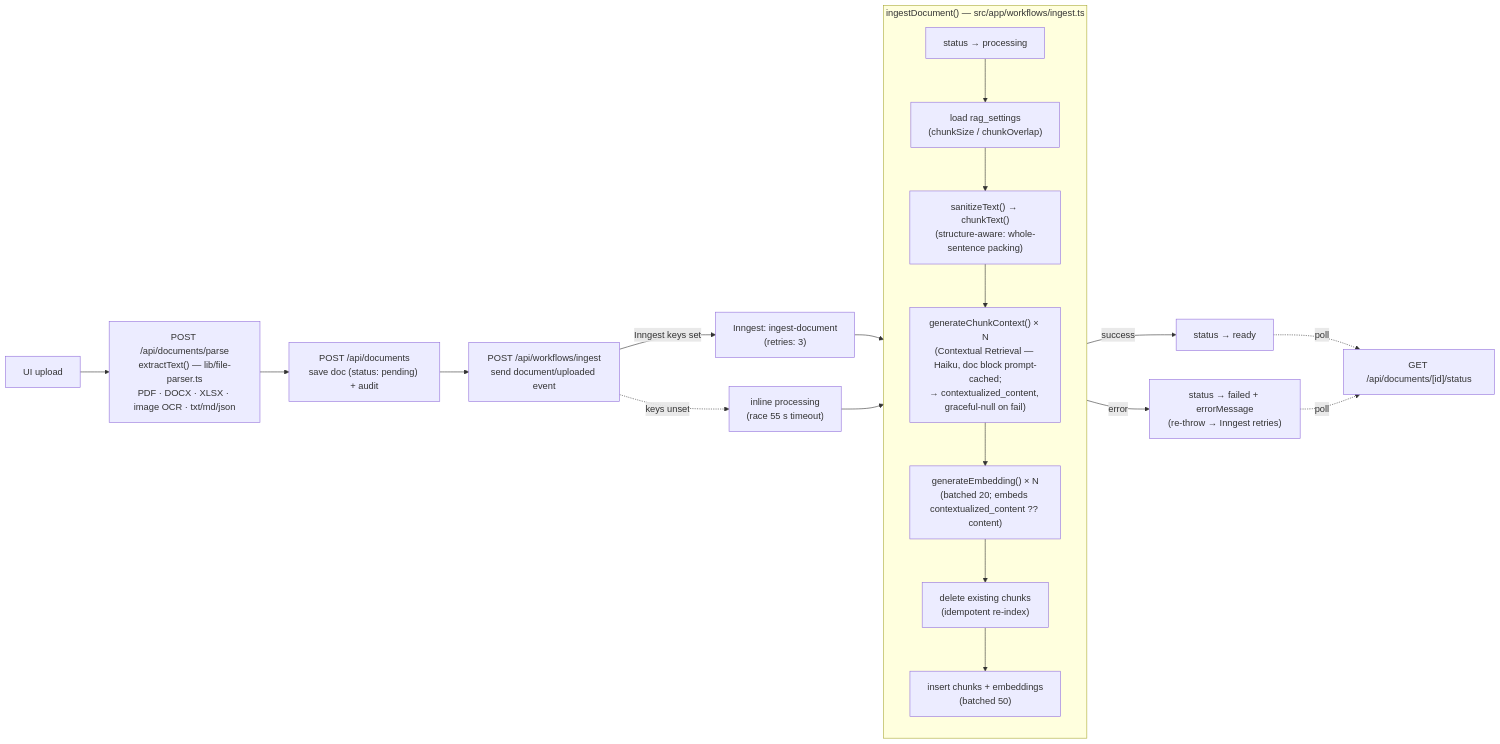
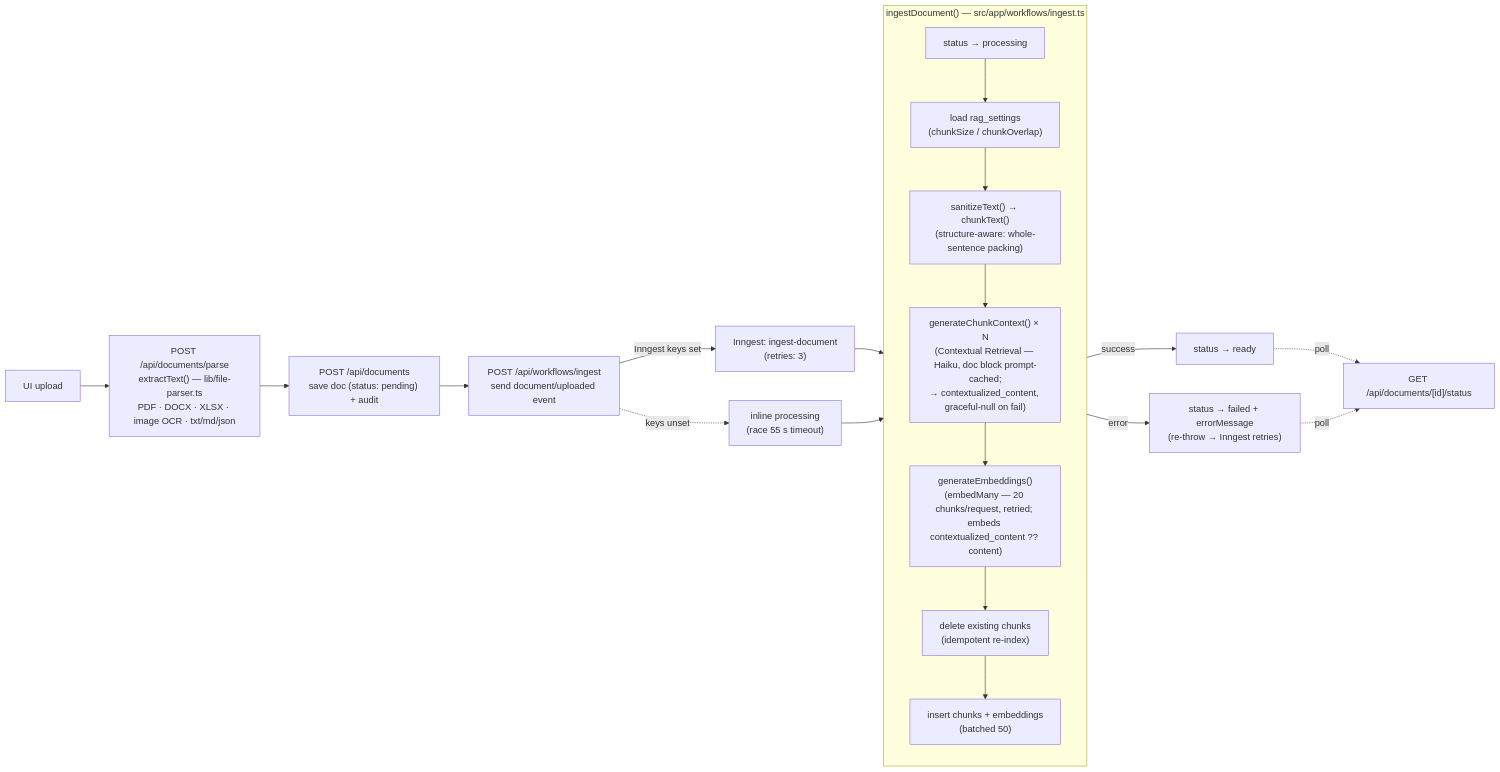
The third of 3 diagrams in SYSTEM_ARCHITECTURE.md (bilalzafar256/knowledge-assistant), drawn with Mermaid before and after one commit. The commit also changed 15 other files, not shown here.

````diff
--- a/SYSTEM_ARCHITECTURE.md
+++ b/SYSTEM_ARCHITECTURE.md
@@ -140,28 +140,28 @@
 ```mermaid
 flowchart LR
     Upload["UI upload"] --> Parse["POST /api/documents/parse<br/>extractText() — lib/file-parser.ts<br/>PDF · DOCX · XLSX · image OCR · txt/md/json"]
     Parse --> Save["POST /api/documents<br/>save doc (status: pending) + audit"]
     Save --> Trigger["POST /api/workflows/ingest<br/>send document/uploaded event"]
 
     Trigger -->|Inngest keys set| Job["Inngest: ingest-document<br/>(retries: 3)"]
     Trigger -.keys unset.-> Inline["inline processing<br/>(race 55 s timeout)"]
 
     Job --> Processing
     Inline --> Processing
 
     subgraph Processing["ingestDocument() — src/app/workflows/ingest.ts"]
         direction TB
         P1["status → processing"] --> P2["load rag_settings<br/>(chunkSize / chunkOverlap)"]
         P2 --> P3["sanitizeText() → chunkText()<br/>(structure-aware: whole-sentence packing)"]
         P3 --> PC["generateChunkContext() × N<br/>(Contextual Retrieval — Haiku, doc block prompt-cached;<br/>→ contextualized_content, graceful-null on fail)"]
-        PC --> P4["generateEmbedding() × N<br/>(batched 20; embeds contextualized_content ?? content)"]
+        PC --> P4["generateEmbeddings()<br/>(embedMany — 20 chunks/request, retried; embeds contextualized_content ?? content)"]
         P4 --> P5["delete existing chunks<br/>(idempotent re-index)"]
         P5 --> P6["insert chunks + embeddings<br/>(batched 50)"]
     end
 
     Processing -->|success| Ready["status → ready"]
     Processing -->|error| Failed["status → failed + errorMessage<br/>(re-throw → Inngest retries)"]
 
     Ready -.poll.-> Status["GET /api/documents/[id]/status"]
     Failed -.poll.-> Status
 ```
````
